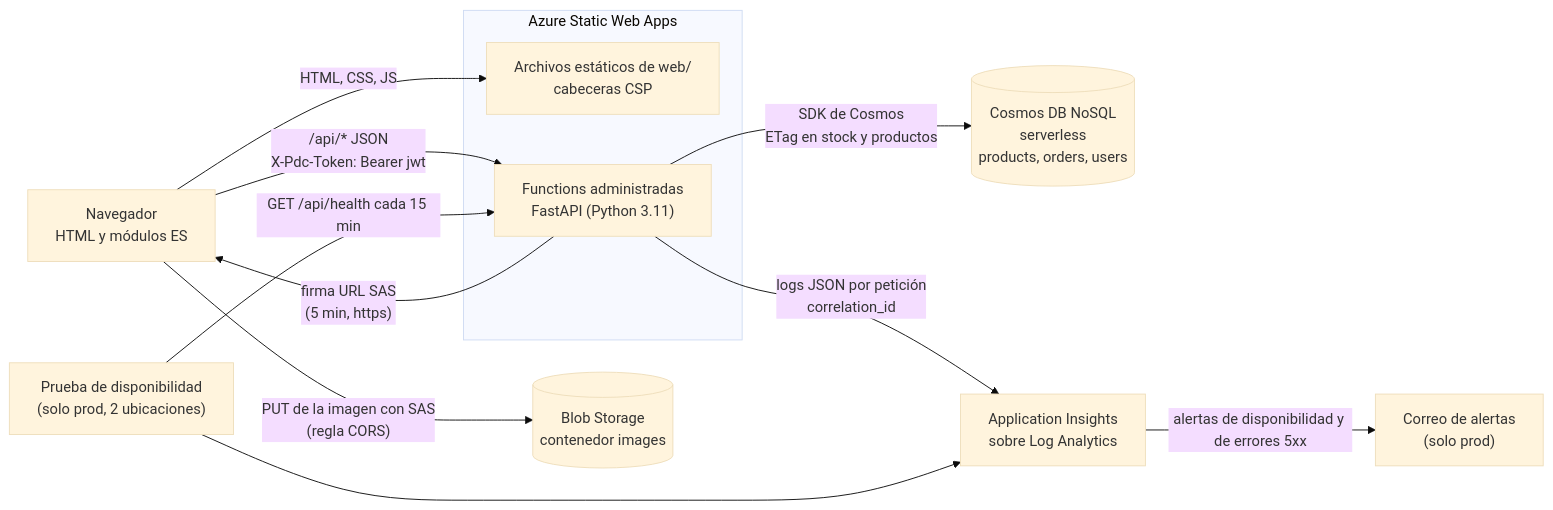
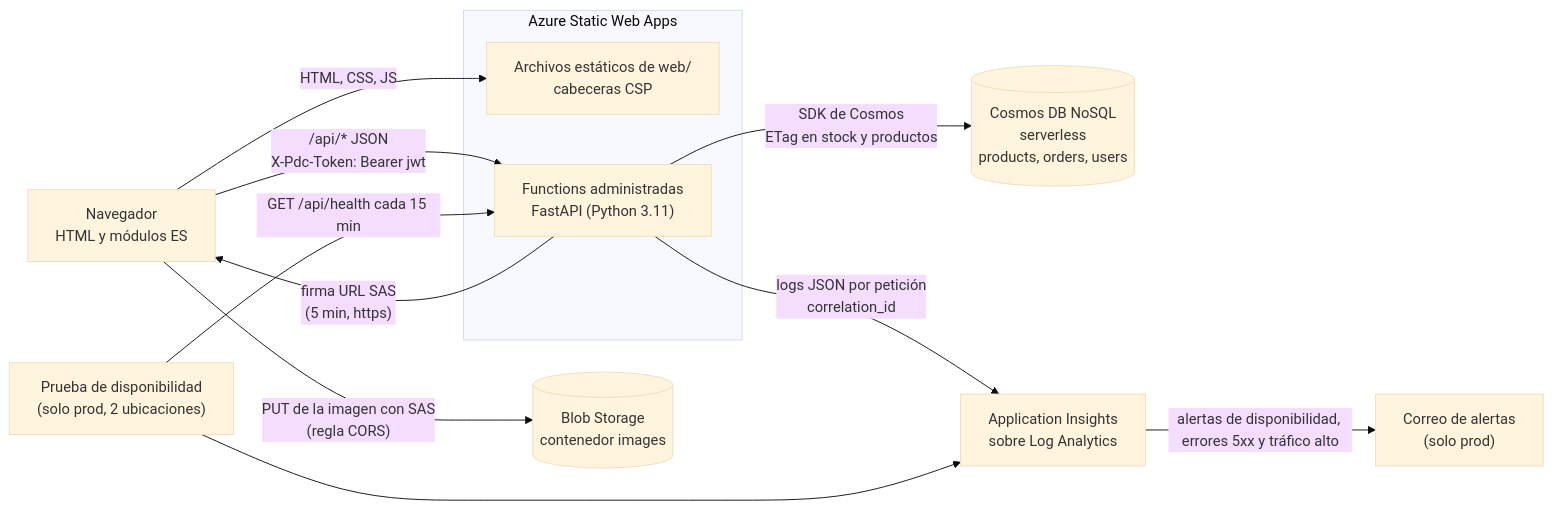
Before and after one commit to Andr3xDev/migas-en-la-nube: the first of 2 diagrams in docs/diagramas/architecture.md, drawn with Mermaid (base theme). The commit also changed 3 other files, not shown here.

````diff
--- a/docs/diagramas/architecture.md
+++ b/docs/diagramas/architecture.md
@@ -5,23 +5,23 @@
 ```mermaid
 flowchart LR
     Browser["Navegador<br/>HTML y módulos ES"]
     subgraph SWA["Azure Static Web Apps"]
         Static["Archivos estáticos de web/<br/>cabeceras CSP"]
         Func["Functions administradas<br/>FastAPI (Python 3.11)"]
     end
     Cosmos[("Cosmos DB NoSQL<br/>serverless<br/>products, orders, users")]
     Blob[("Blob Storage<br/>contenedor images")]
     AI["Application Insights<br/>sobre Log Analytics"]
     Probe["Prueba de disponibilidad<br/>(solo prod, 2 ubicaciones)"]
     Mail["Correo de alertas<br/>(solo prod)"]
 
     Browser -->|"HTML, CSS, JS"| Static
     Browser -->|"/api/* JSON<br/>X-Pdc-Token: Bearer jwt"| Func
     Func -->|"SDK de Cosmos<br/>ETag en stock y productos"| Cosmos
     Func -->|"firma URL SAS<br/>(5 min, https)"| Browser
     Browser -->|"PUT de la imagen con SAS<br/>(regla CORS)"| Blob
     Func -->|"logs JSON por petición<br/>correlation_id"| AI
     Probe -->|"GET /api/health cada 15 min"| Func
     Probe --> AI
-    AI -->|"alertas de disponibilidad y de errores 5xx"| Mail
+    AI -->|"alertas de disponibilidad, errores 5xx y tráfico alto"| Mail
 ```
````
